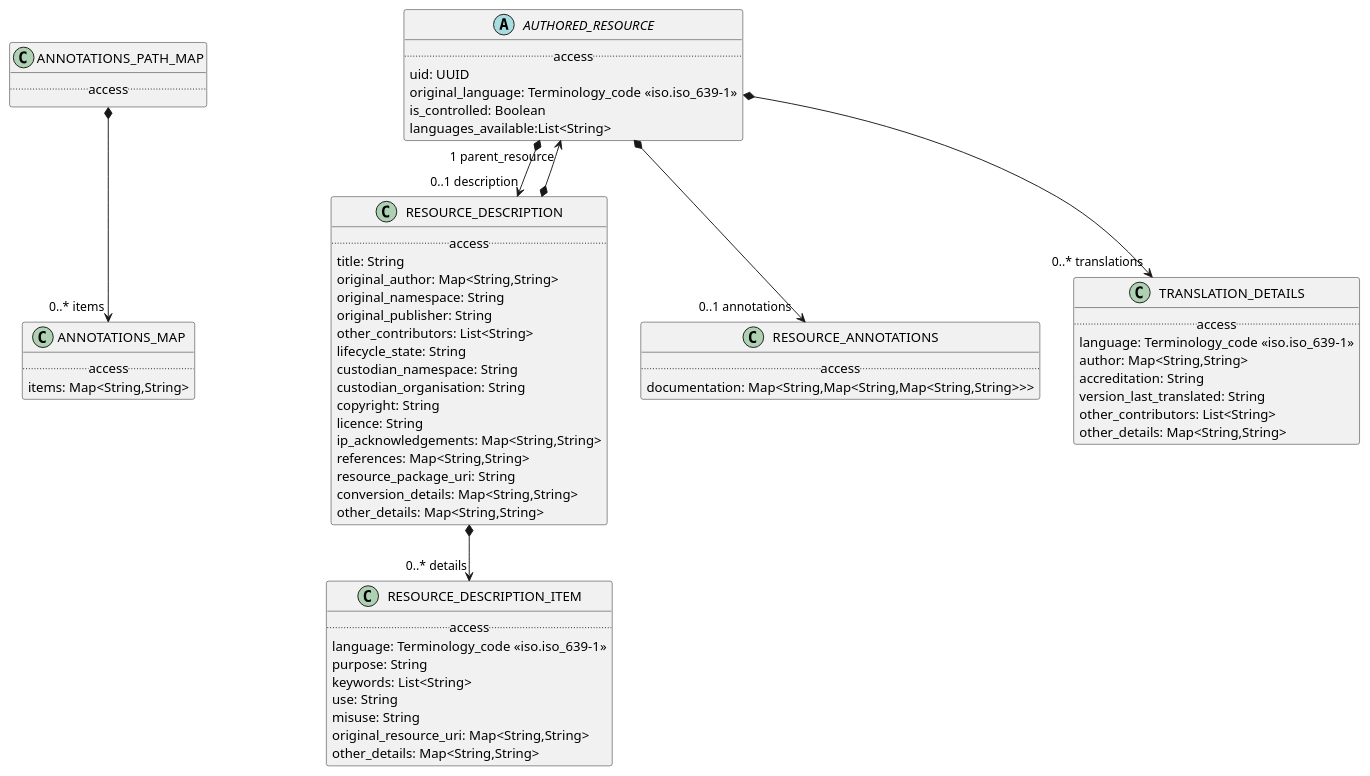
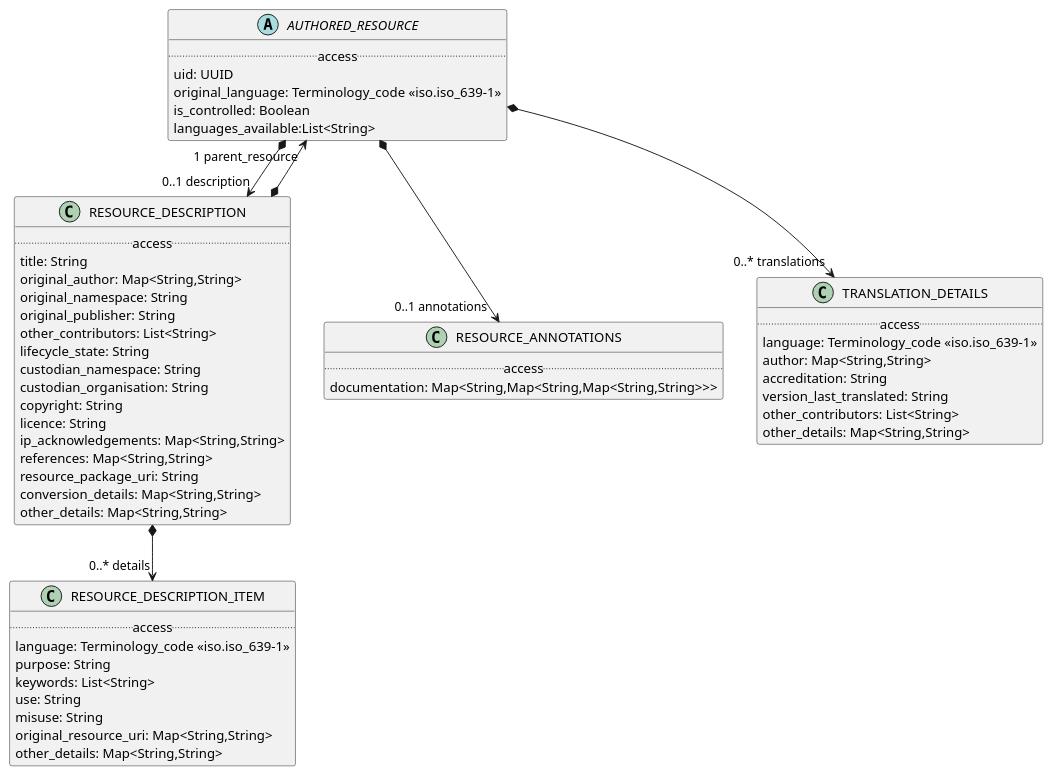
One commit to wolandscat/openehr-doc changed the diagram in modules/ROOT/examples/bmm/infostructure/resource/resource-package-uml.adoc. Above: the diagram before and after it, drawn with PlantUML. The commit also changed 815 other files, not shown here.

```diff
--- a/modules/ROOT/examples/bmm/infostructure/resource/resource-package-uml.adoc
+++ b/modules/ROOT/examples/bmm/infostructure/resource/resource-package-uml.adoc
@@ -5,13 +5,6 @@
 skinparam groupInheritance 2
 skinparam citedClassColor #FDFDFD
 
-
-class ANNOTATIONS_PATH_MAP [[/openehr-doc/latest/infostructure/resource-gen.html#_class_annotations_path_map]] {
-        .. access ..
-}
-
-
-ANNOTATIONS_PATH_MAP *--> "0..* items" ANNOTATIONS_MAP
 
 abstract class AUTHORED_RESOURCE [[/openehr-doc/latest/infostructure/resource-gen.html#_class_authored_resource]] {
         .. access ..
@@ -63,12 +56,6 @@
 
 RESOURCE_DESCRIPTION *--> "0..* details" RESOURCE_DESCRIPTION_ITEM
 
-class ANNOTATIONS_MAP [[/openehr-doc/latest/infostructure/resource-gen.html#_class_annotations_map]] {
-        .. access ..
-        items: Map<String,String>
-}
-
-
 class RESOURCE_ANNOTATIONS [[/openehr-doc/latest/infostructure/resource-gen.html#_class_resource_annotations]] {
         .. access ..
         documentation: Map<String,Map<String,Map<String,String>>>
```
